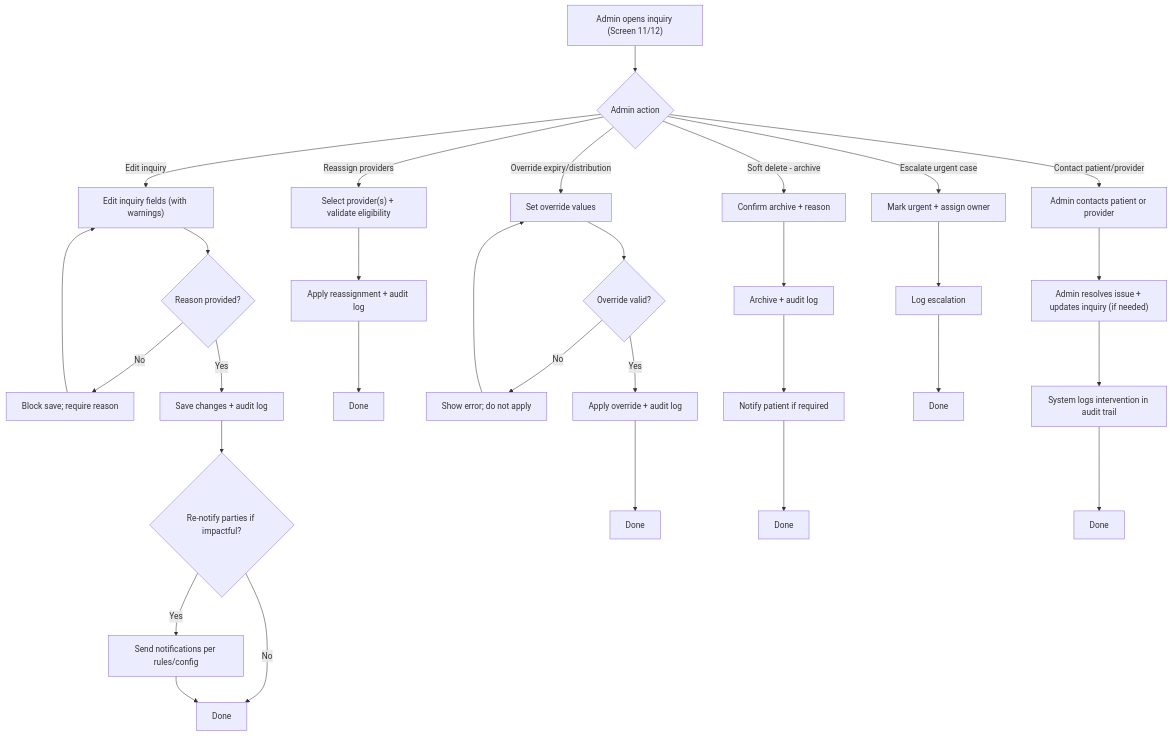
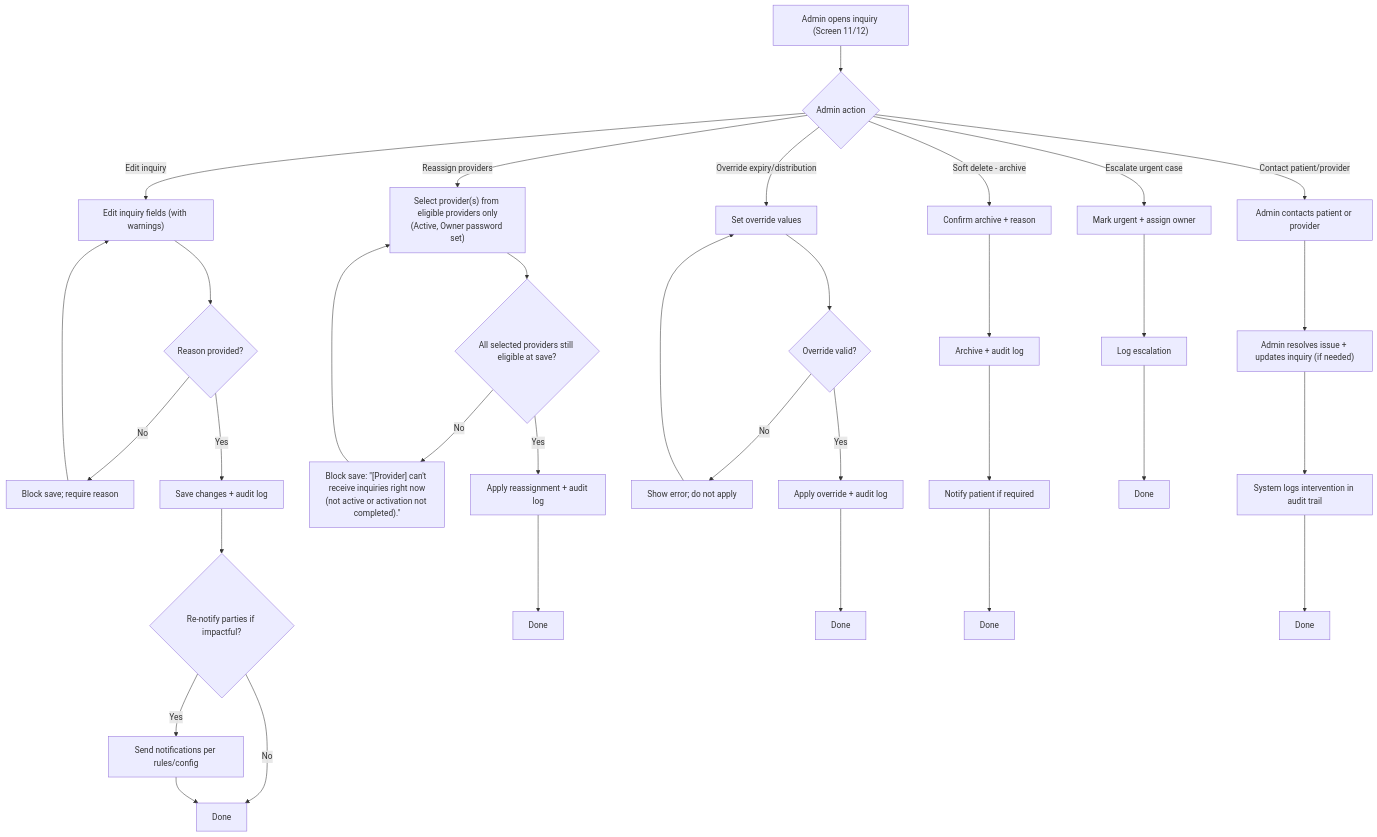
Diagram 12 of 15 in project-requirements/functional-requirements/fr003-inquiry-submission/prd.md (joachimtrungtuan/hairline-pm-docs), drawn with Mermaid before and after one commit. The commit also changed other lines of this file and 2 other files, not shown here.

First line of the commit message:
docs(prd): limit inquiry cancel cascade and add provider eligibility messages

````diff
--- a/project-requirements/functional-requirements/fr003-inquiry-submission/prd.md
+++ b/project-requirements/functional-requirements/fr003-inquiry-submission/prd.md
@@ -343,31 +344,33 @@
 ```mermaid
 flowchart TD
     Start["Admin opens inquiry (Screen 11/12)"] --> Choose{"Admin action"}
 
     Choose -->|Edit inquiry| Edit["Edit inquiry fields (with warnings)"]
     Edit --> Reason1{"Reason provided?"}
     Reason1 -->|No| Block1["Block save; require reason"] --> Edit
     Reason1 -->|Yes| Audit1["Save changes + audit log"]
     Audit1 --> Renotify{"Re-notify parties if impactful?"}
     Renotify -->|Yes| Send1["Send notifications per rules/config"]
     Renotify -->|No| Done1["Done"]
     Send1 --> Done1
 
-    Choose -->|Reassign providers| Reassign["Select provider(s) + validate eligibility"]
-    Reassign --> Audit2["Apply reassignment + audit log"] --> Done2["Done"]
+    Choose -->|Reassign providers| Reassign["Select provider(s) from eligible providers only<br/>(Active, Owner password set)"]
+    Reassign --> StillOk{"All selected providers still eligible at save?"}
+    StillOk -->|No| BlockSave["Block save: &quot;[Provider] can't receive inquiries right now<br/>(not active or activation not completed).&quot;"] --> Reassign
+    StillOk -->|Yes| Audit2["Apply reassignment + audit log"] --> Done2["Done"]
 
     Choose -->|Override expiry/distribution| Override["Set override values"]
     Override --> Valid{"Override valid?"}
     Valid -->|No| OverrideErr["Show error; do not apply"] --> Override
     Valid -->|Yes| Audit3["Apply override + audit log"] --> Done3["Done"]
 
     Choose -->|Soft delete - archive| Archive["Confirm archive + reason"]
     Archive --> Audit4["Archive + audit log"] --> Notify["Notify patient if required"] --> Done4["Done"]
 
     Choose -->|Escalate urgent case| Esc["Mark urgent + assign owner"]
     Esc --> Audit5["Log escalation"] --> Done5["Done"]
 
     Choose -->|Contact patient/provider| Contact["Admin contacts patient or provider"]
     Contact --> Resolve["Admin resolves issue + updates inquiry (if needed)"]
     Resolve --> Audit6["System logs intervention in audit trail"] --> Done6["Done"]
 ```
````
